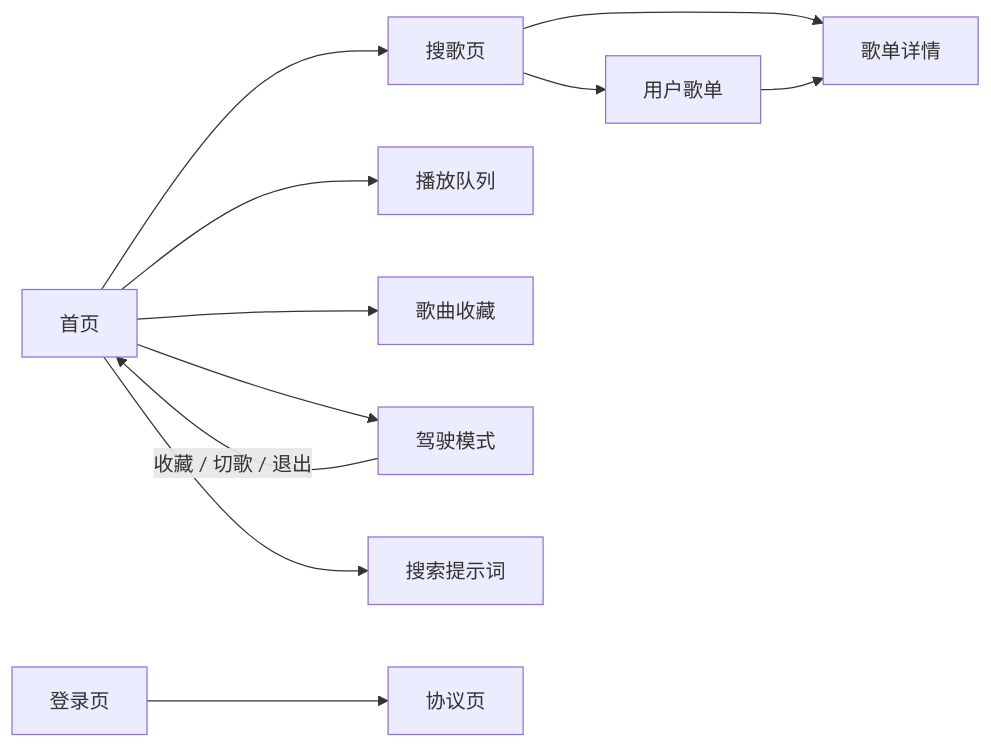
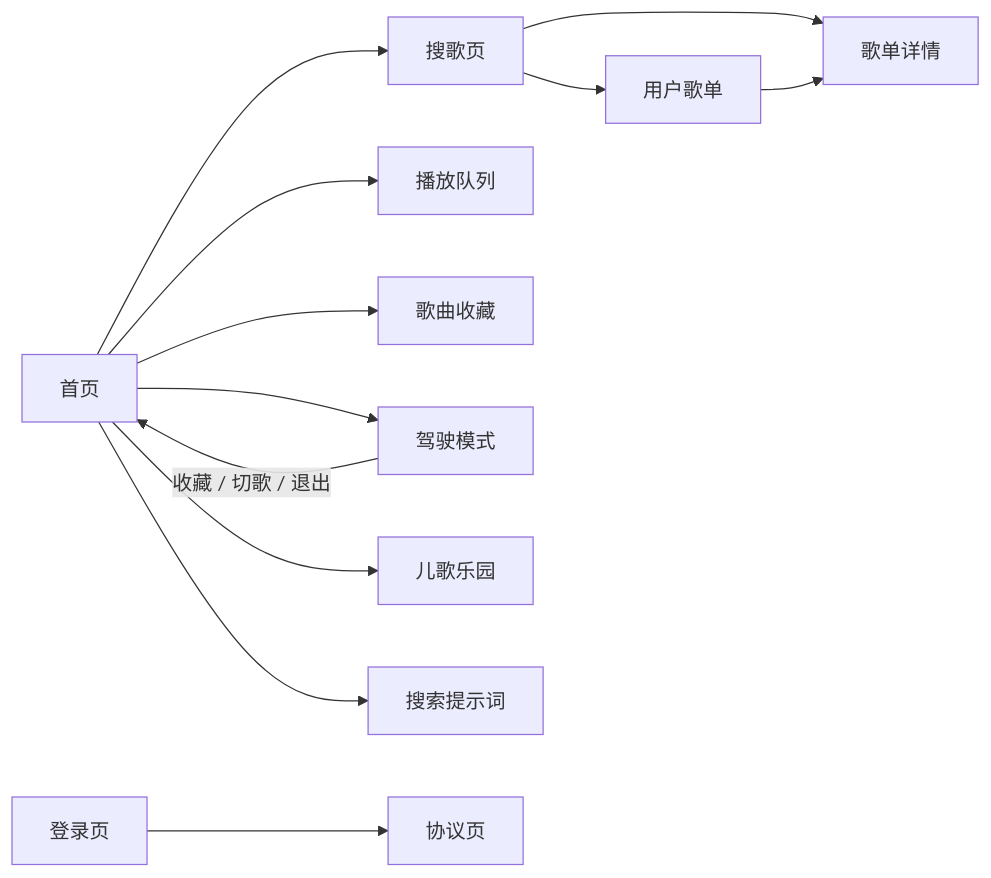
Before and after one commit to Neveryu/miniprogram-music: the second of 2 diagrams in docs/code-wiki/06-依赖关系.md, drawn with Mermaid. The commit also changed other lines of this file and 34 other files, not shown here.

````diff
--- a/docs/code-wiki/06-依赖关系.md
+++ b/docs/code-wiki/06-依赖关系.md
@@ -37,13 +40,14 @@
 ```mermaid
 flowchart LR
     INDEX[首页] --> SELECTSONG[搜歌页]
     INDEX --> PLAYING[播放队列]
     INDEX --> MYSONG[歌曲收藏]
     INDEX --> CARMODE[驾驶模式]
+    INDEX --> CHILDREN[儿歌乐园]
     INDEX --> PROMPTS[搜索提示词]
     LOGIN[登录页] --> AGREEMENT[协议页]
     SELECTSONG --> USERPLAYLISTS[用户歌单]
     SELECTSONG --> PLAYLIST[歌单详情]
     USERPLAYLISTS --> PLAYLIST
     CARMODE -- 收藏 / 切歌 / 退出 --> INDEX
 ```
````
